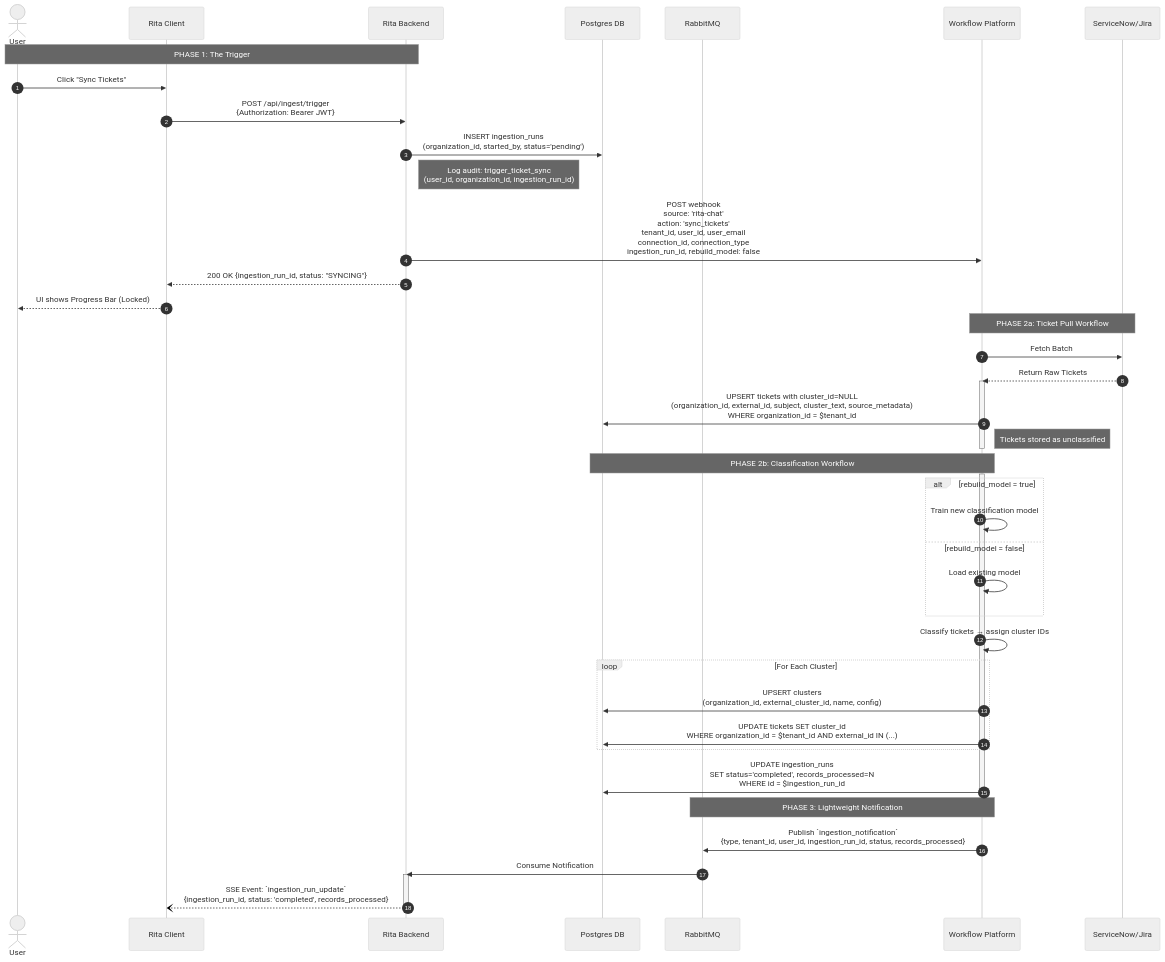
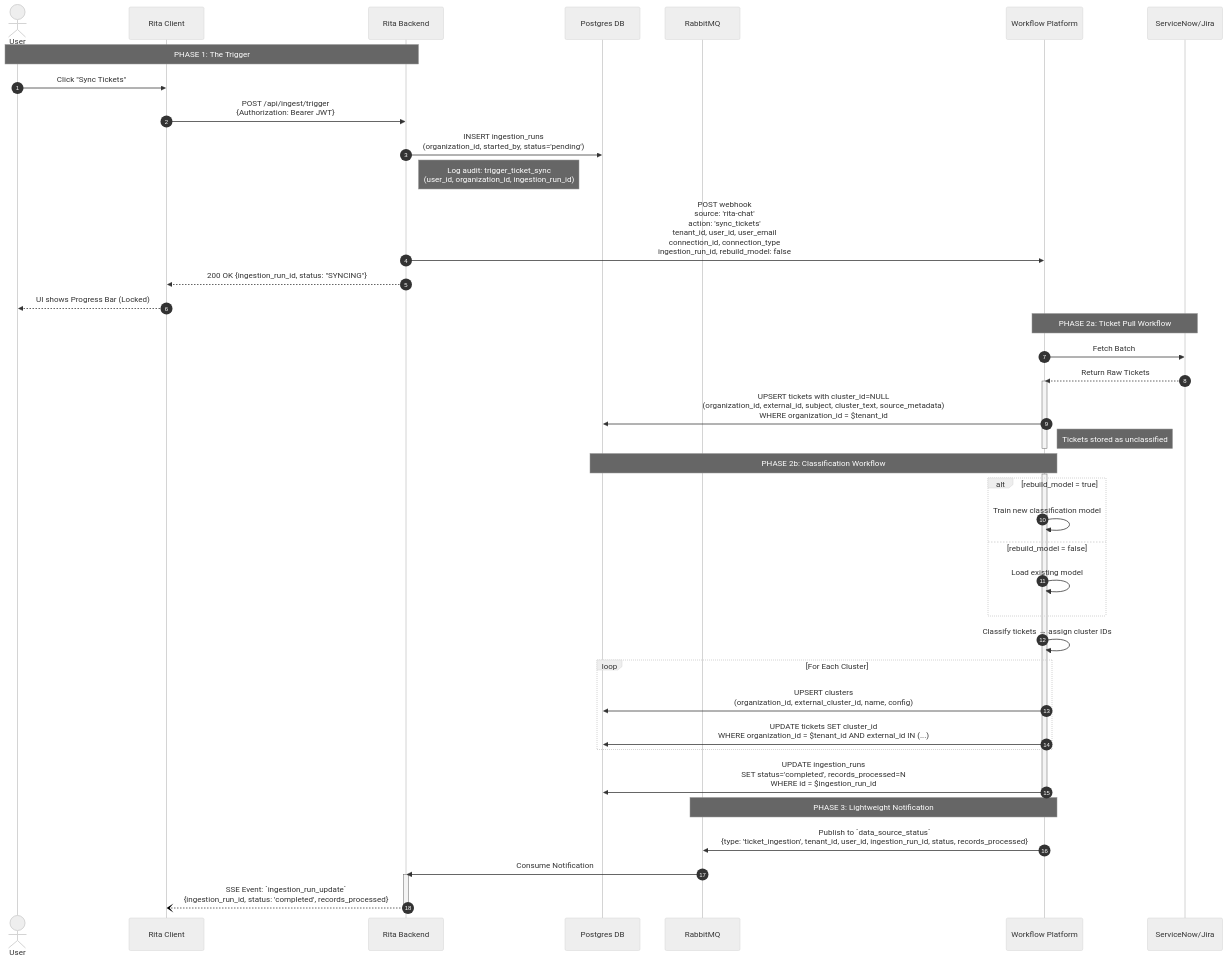
Before and after one commit to ewilhelmy-resolve/resolve-prototypes: the first of 3 diagrams in docs/feat-autopilot-ticket-cluster/technical-design-autopilot-tickets.md, drawn with Mermaid (neutral theme). The commit also changed other lines of this file and 16 other files, not shown here.

````diff
--- a/docs/feat-autopilot-ticket-cluster/technical-design-autopilot-tickets.md
+++ b/docs/feat-autopilot-ticket-cluster/technical-design-autopilot-tickets.md
@@ -46,56 +46,56 @@
 ```mermaid
 sequenceDiagram
     autonumber
     actor User
     participant RC as Rita Client
     participant RB as Rita Backend
     participant DB as Postgres DB
     participant MQ as RabbitMQ
     participant WP as Workflow Platform
     participant ITSM as ServiceNow/Jira
 
     Note over User, RB: PHASE 1: The Trigger
     User->>RC: Click "Sync Tickets"
     RC->>RB: POST /api/ingest/trigger<br/>{Authorization: Bearer JWT}
     RB->>DB: INSERT ingestion_runs<br/>(organization_id, started_by, status='pending')
     Note right of RB: Log audit: trigger_ticket_sync<br/>(user_id, organization_id, ingestion_run_id)
 
     RB->>WP: POST webhook<br/>source: 'rita-chat'<br/>action: 'sync_tickets'<br/>tenant_id, user_id, user_email<br/>connection_id, connection_type<br/>ingestion_run_id, rebuild_model: false
     RB-->>RC: 200 OK {ingestion_run_id, status: "SYNCING"}
     RC-->>User: UI shows Progress Bar (Locked)
 
     Note over WP, ITSM: PHASE 2a: Ticket Pull Workflow
     WP->>ITSM: Fetch Batch 
     ITSM-->>WP: Return Raw Tickets
 
     activate WP
     WP->>DB: UPSERT tickets with cluster_id=NULL<br/>(organization_id, external_id, subject, cluster_text, source_metadata)<br/>WHERE organization_id = $tenant_id
     Note right of WP: Tickets stored as unclassified
     deactivate WP
 
     Note over WP, DB: PHASE 2b: Classification Workflow
     activate WP
     alt rebuild_model = true
         WP->>WP: Train new classification model
     else rebuild_model = false
         WP->>WP: Load existing model
     end
     WP->>WP: Classify tickets → assign cluster IDs
 
     loop For Each Cluster
         WP->>DB: UPSERT clusters<br/>(organization_id, external_cluster_id, name, config)
         WP->>DB: UPDATE tickets SET cluster_id<br/>WHERE organization_id = $tenant_id AND external_id IN (...)
     end
 
     WP->>DB: UPDATE ingestion_runs<br/>SET status='completed', records_processed=N<br/>WHERE id = $ingestion_run_id
     deactivate WP
 
     Note over WP, MQ: PHASE 3: Lightweight Notification
-    WP->>MQ: Publish `ingestion_notification`<br/>{type, tenant_id, user_id, ingestion_run_id, status, records_processed}
+    WP->>MQ: Publish to `data_source_status`<br/>{type: 'ticket_ingestion', tenant_id, user_id, ingestion_run_id, status, records_processed}
 
     MQ->>RB: Consume Notification
     activate RB
     RB--)RC: SSE Event: `ingestion_run_update`<br/>{ingestion_run_id, status: 'completed', records_processed}
     deactivate RB
 
 ```
````
